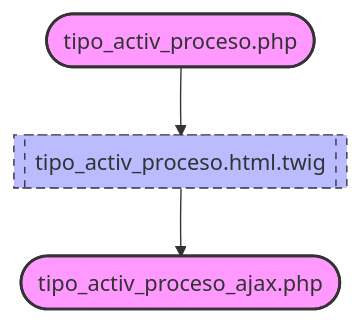
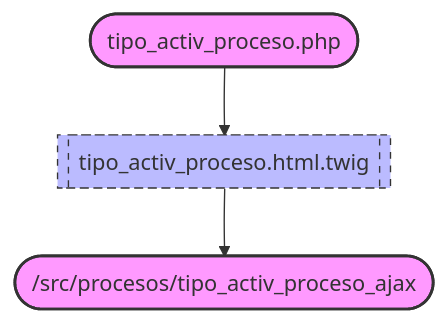
The diagram in documentacion/Documentacion_Obix/procesos/mapa_tipo_activ_proceso.md (olvidio/orbix), drawn with Mermaid before and after one commit. The commit also changed 11 other files, not shown here.

First line of the commit message:
refactor procesos slice 3: tipo_activ_proceso a frontend y src

````diff
--- a/documentacion/Documentacion_Obix/procesos/mapa_tipo_activ_proceso.md
+++ b/documentacion/Documentacion_Obix/procesos/mapa_tipo_activ_proceso.md
@@ -1,10 +1,10 @@
 ```mermaid
 flowchart TD
     %% Estils de nodes
     classDef controller fill:#f9f,stroke:#333,stroke-width:2px;
     classDef vista fill:#bbf,stroke:#333,stroke-width:1px,stroke-dasharray: 5 5;
     classDef error fill:#ff9999,stroke:#cc0000,stroke-width:2px;
 
-    apps_procesos_controller_tipo_activ_proceso_php(["tipo_activ_proceso.php"]):::controller --> apps_procesos_view_tipo_activ_proceso_html_twig[["tipo_activ_proceso.html.twig"]]:::vista
-    apps_procesos_view_tipo_activ_proceso_html_twig --> apps_procesos_controller_tipo_activ_proceso_ajax_php(["tipo_activ_proceso_ajax.php"]):::controller
+    frontend_procesos_controller_tipo_activ_proceso_php(["tipo_activ_proceso.php"]):::controller --> frontend_procesos_view_tipo_activ_proceso_html_twig[["tipo_activ_proceso.html.twig"]]:::vista
+    frontend_procesos_view_tipo_activ_proceso_html_twig --> src_procesos_tipo_activ_proceso_ajax(["/src/procesos/tipo_activ_proceso_ajax"]):::controller
 ```
````
